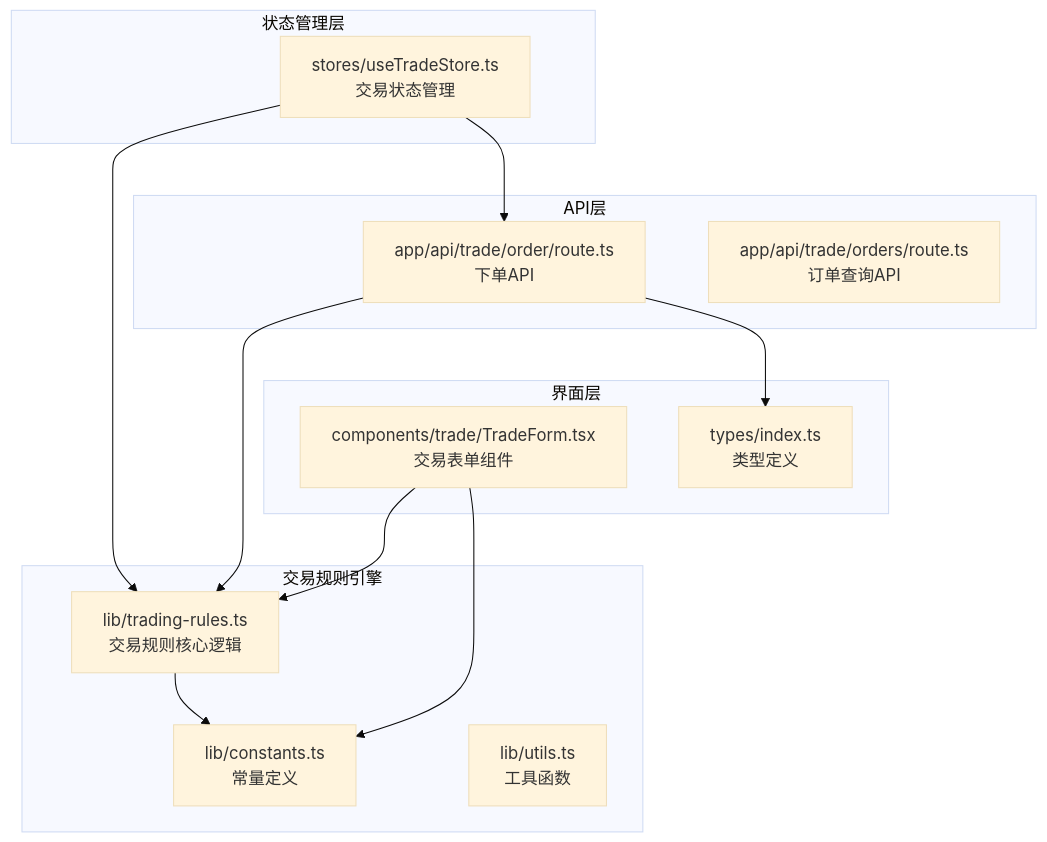
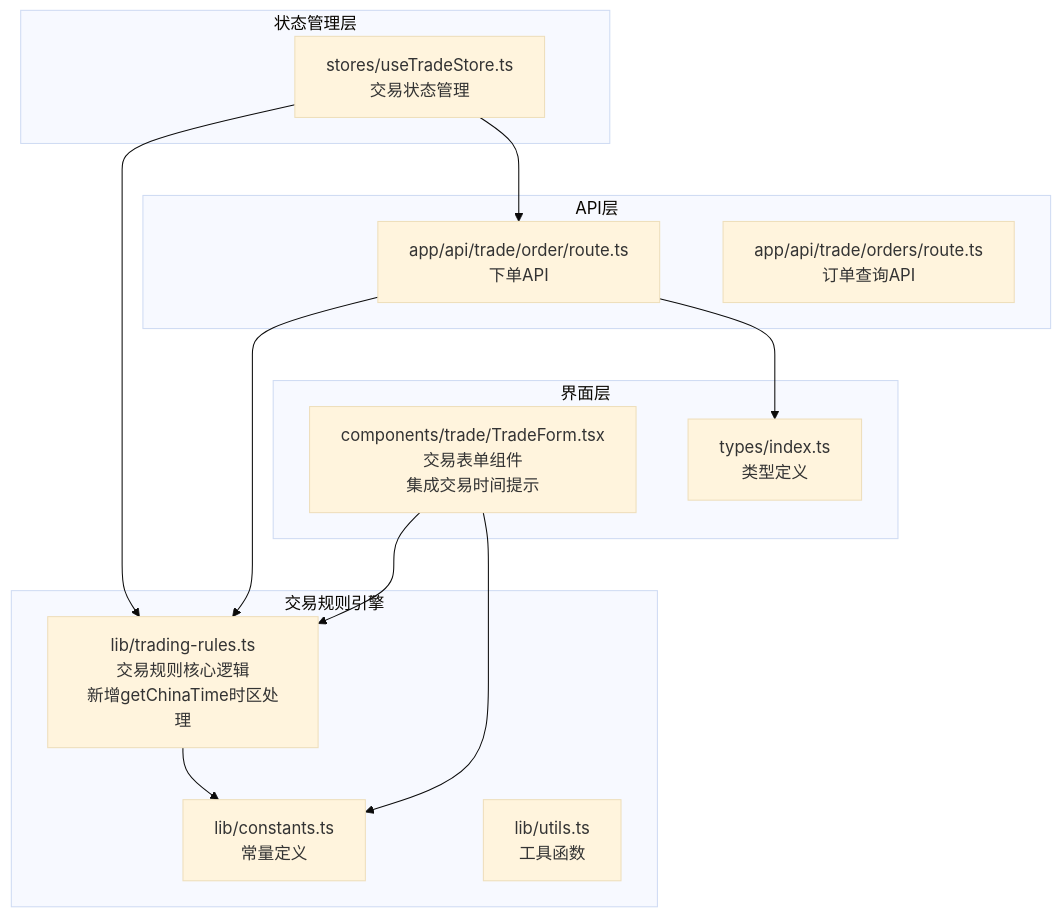
Before and after one commit to javalittleman1/virtual-stock-trading: the first of 12 diagrams in .qoder/repowiki/zh/content/交易系统/交易规则引擎.md, drawn with Mermaid (base theme). The commit also changed other lines of this file and 7 other files, not shown here.

````diff
--- a/.qoder/repowiki/zh/content/交易系统/交易规则引擎.md
+++ b/.qoder/repowiki/zh/content/交易系统/交易规则引擎.md
@@ -34,26 +43,26 @@
 ```mermaid
 graph TB
 subgraph "交易规则引擎"
-TR["lib/trading-rules.ts<br/>交易规则核心逻辑"]
+TR["lib/trading-rules.ts<br/>交易规则核心逻辑<br/>新增getChinaTime时区处理"]
 CT["lib/constants.ts<br/>常量定义"]
 UT["lib/utils.ts<br/>工具函数"]
 end
 subgraph "API层"
 OR["app/api/trade/order/route.ts<br/>下单API"]
 LR["app/api/trade/orders/route.ts<br/>订单查询API"]
 end
 subgraph "状态管理层"
 TS["stores/useTradeStore.ts<br/>交易状态管理"]
 end
 subgraph "界面层"
-TF["components/trade/TradeForm.tsx<br/>交易表单组件"]
+TF["components/trade/TradeForm.tsx<br/>交易表单组件<br/>集成交易时间提示"]
 TY["types/index.ts<br/>类型定义"]
 end
 TR --> CT
 OR --> TR
 TS --> TR
 TF --> TR
 TF --> CT
 TS --> OR
 OR --> TY
 ```
````
